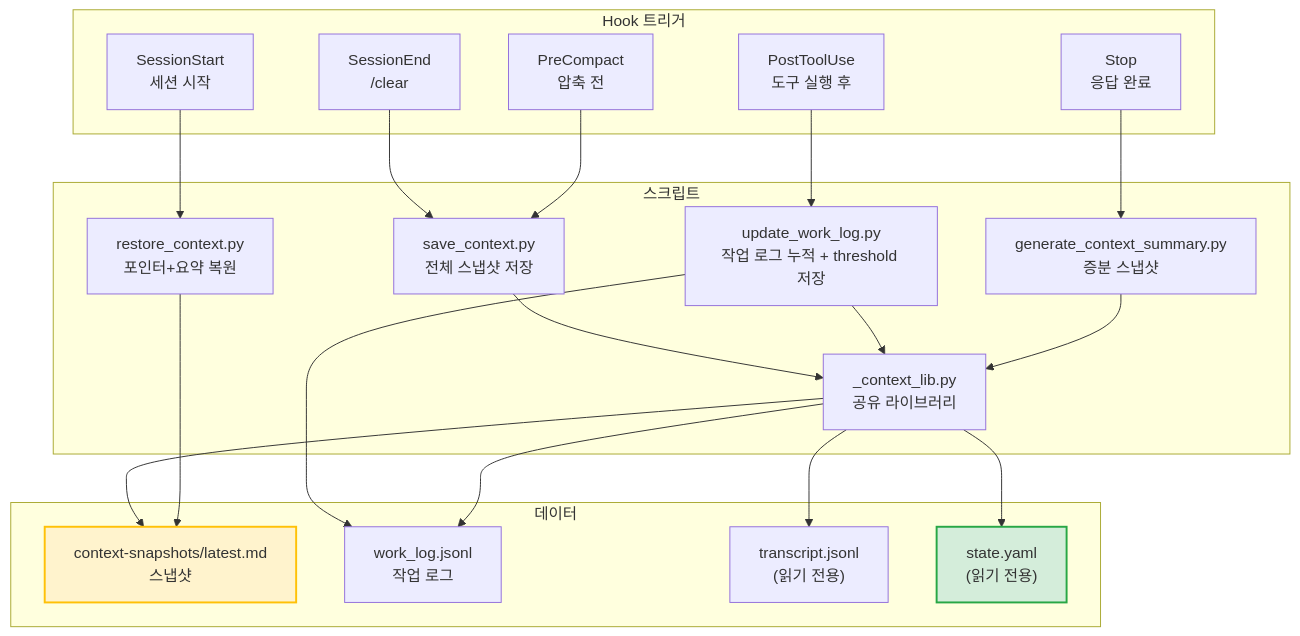
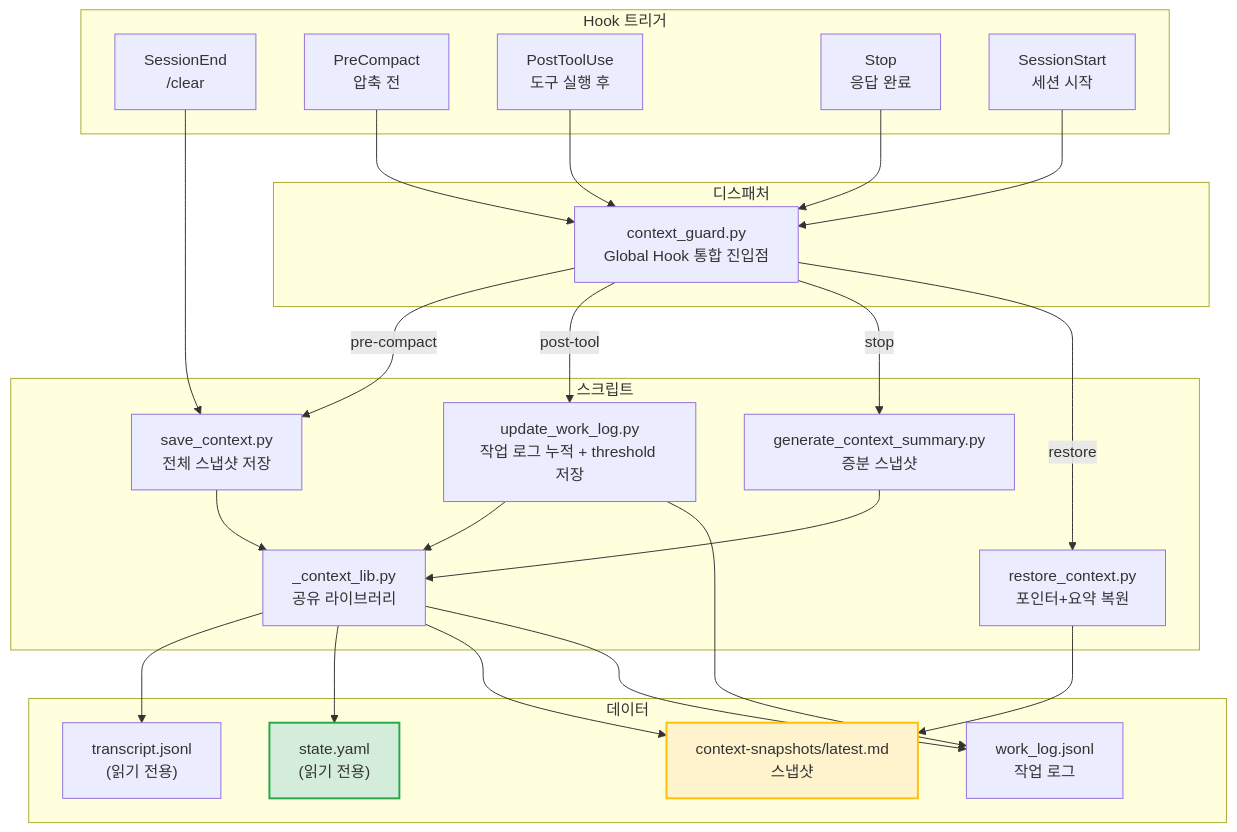
One commit to oogisoogi/AgenticWorkflow changed the sixth of 12 diagrams in AGENTICWORKFLOW-ARCHITECTURE-AND-PHILOSOPHY.md. Above: the diagram before and after it, drawn with Mermaid. The commit also changed other lines of this file and 9 other files, not shown here.

````diff
--- a/AGENTICWORKFLOW-ARCHITECTURE-AND-PHILOSOPHY.md
+++ b/AGENTICWORKFLOW-ARCHITECTURE-AND-PHILOSOPHY.md
@@ -577,45 +611,53 @@
 ```mermaid
 graph TB
     subgraph "Hook 트리거"
         SE["SessionEnd<br/>/clear"]
         PC["PreCompact<br/>압축 전"]
         PTU["PostToolUse<br/>도구 실행 후"]
         ST["Stop<br/>응답 완료"]
         SS["SessionStart<br/>세션 시작"]
+    end
+
+    subgraph "디스패처"
+        CG["context_guard.py<br/>Global Hook 통합 진입점"]
     end
 
     subgraph "스크립트"
         SAVE["save_context.py<br/>전체 스냅샷 저장"]
         UWL["update_work_log.py<br/>작업 로그 누적 + threshold 저장"]
         GCS["generate_context_summary.py<br/>증분 스냅샷"]
         REST["restore_context.py<br/>포인터+요약 복원"]
         LIB["_context_lib.py<br/>공유 라이브러리"]
     end
 
     subgraph "데이터"
         SNAP["context-snapshots/latest.md<br/>스냅샷"]
         WLOG["work_log.jsonl<br/>작업 로그"]
         TRANS["transcript.jsonl<br/>(읽기 전용)"]
         SOT2["state.yaml<br/>(읽기 전용)"]
     end
 
     SE --> SAVE
-    PC --> SAVE
-    PTU --> UWL
-    ST --> GCS
-    SS --> REST
+    PC --> CG
+    PTU --> CG
+    ST --> CG
+    SS --> CG
+    CG -->|pre-compact| SAVE
+    CG -->|post-tool| UWL
+    CG -->|stop| GCS
+    CG -->|restore| REST
 
     SAVE --> LIB
     UWL --> LIB
     GCS --> LIB
 
     LIB --> TRANS
     LIB --> SOT2
     LIB --> SNAP
     UWL --> WLOG
     LIB --> WLOG
     REST --> SNAP
 
     style SOT2 fill:#d4edda,stroke:#28a745,stroke-width:2px
     style SNAP fill:#fff3cd,stroke:#ffc107,stroke-width:2px
 ```
````
